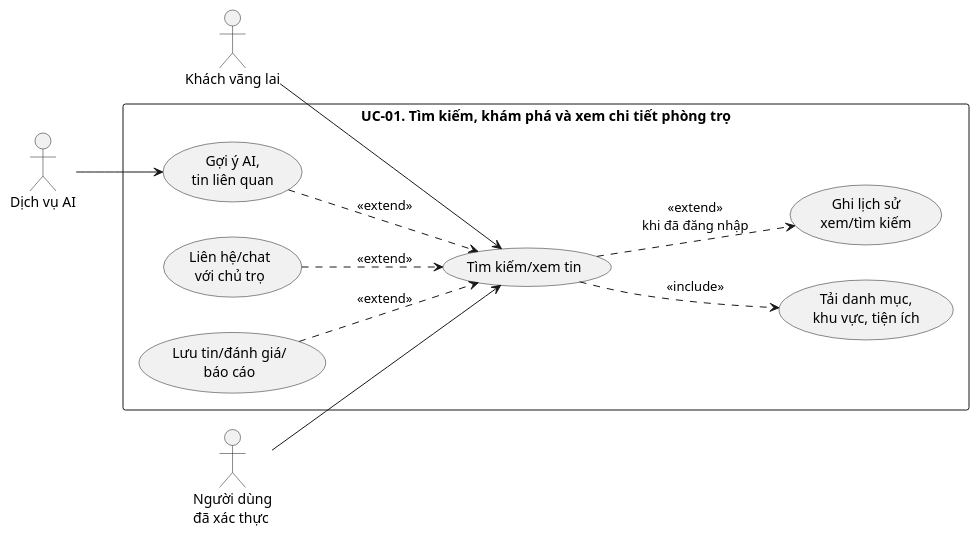
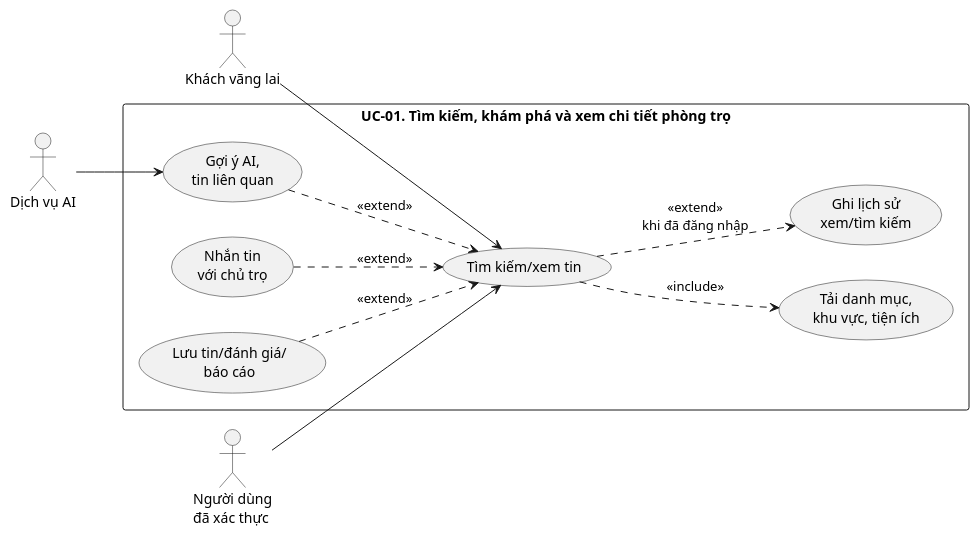
The fourth of 21 diagrams in DOANTOTNGHIEP/docs/09_BAO_CAO_USECASE_HE_THONG.md (hoanxsyp/DoAnTotNghiep_Web), drawn with PlantUML before and after one commit. The commit also changed other lines of this file and 74 other files, not shown here.

Commit message:
fix: luồng chủ trọ

````diff
--- a/DOANTOTNGHIEP/docs/09_BAO_CAO_USECASE_HE_THONG.md
+++ b/DOANTOTNGHIEP/docs/09_BAO_CAO_USECASE_HE_THONG.md
@@ -247,26 +247,26 @@
 ```plantuml
 @startuml
 left to right direction
 actor "Khách vãng lai" as Guest
 actor "Người dùng\nđã xác thực" as Auth
 actor "Dịch vụ AI" as AI
 
 rectangle "UC-01. Tìm kiếm, khám phá và xem chi tiết phòng trọ" {
   usecase "Tìm kiếm/xem tin" as Main
   usecase "Tải danh mục,\nkhu vực, tiện ích" as Catalog
   usecase "Ghi lịch sử\nxem/tìm kiếm" as History
   usecase "Gợi ý AI,\ntin liên quan" as Reco
-  usecase "Liên hệ/chat\nvới chủ trọ" as Contact
+  usecase "Nhắn tin\nvới chủ trọ" as Chat
   usecase "Lưu tin/đánh giá/\nbáo cáo" as Interact
 }
 
 Guest --> Main
 Auth --> Main
 Main ..> Catalog : <<include>>
 Main ..> History : <<extend>>\nkhi đã đăng nhập
 Reco ..> Main : <<extend>>
-Contact ..> Main : <<extend>>
+Chat ..> Main : <<extend>>
 Interact ..> Main : <<extend>>
 AI --> Reco
 @enduml
 ```
````
